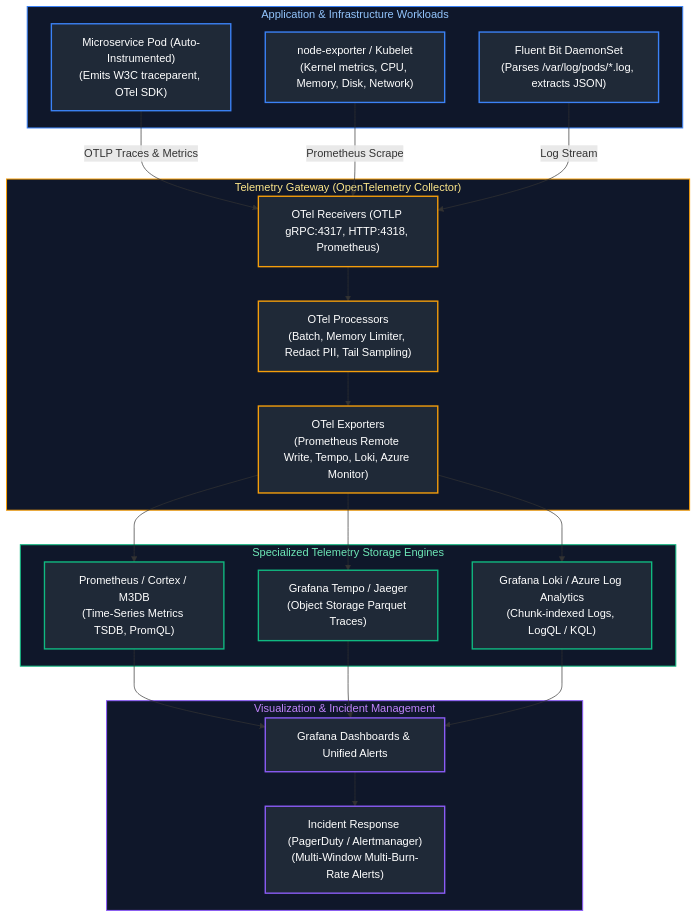
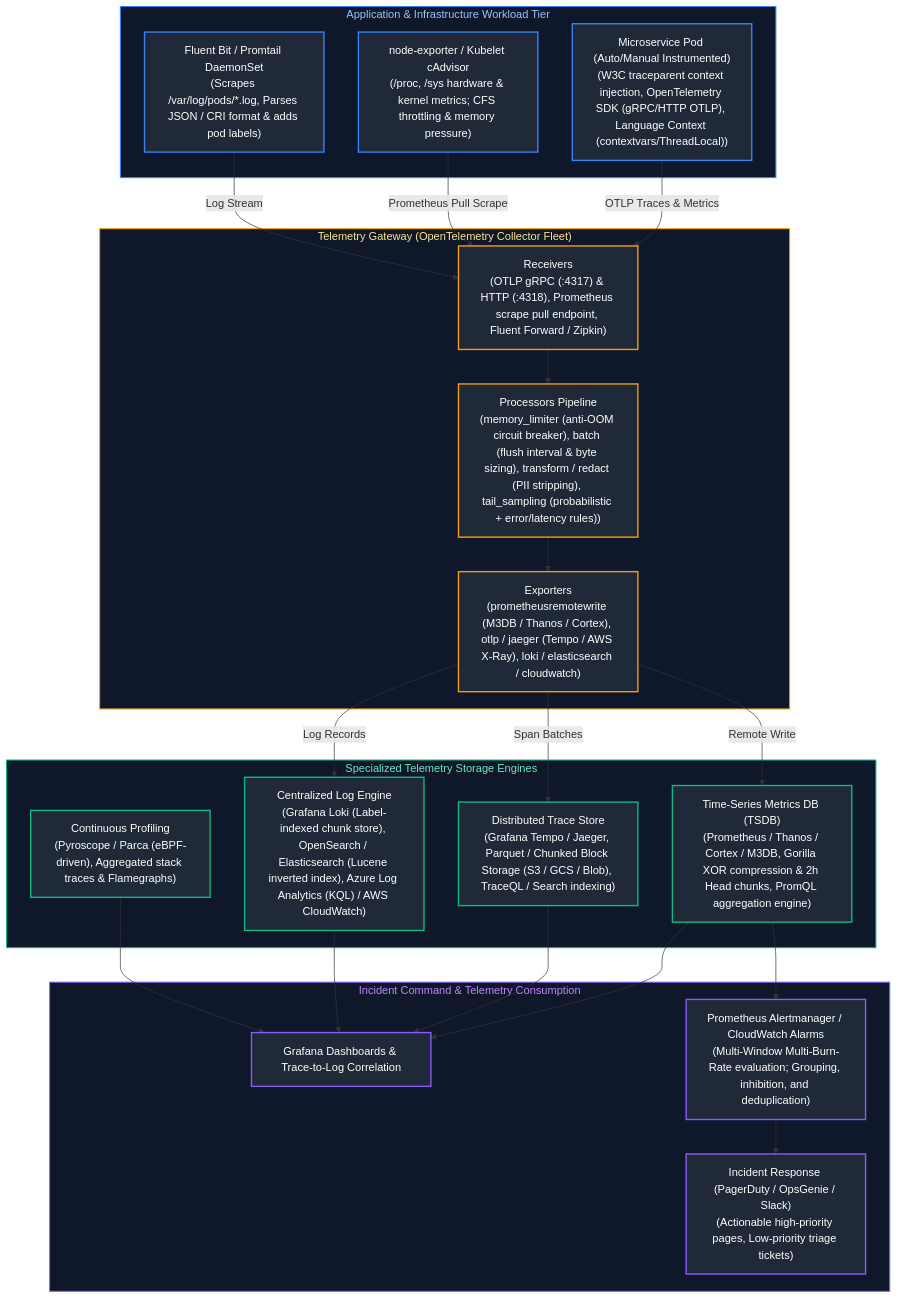
The first of 12 diagrams in Cloud Engineering/10_observability_monitoring_and_logging.md (joydeep-biswas/Interview-Preparation), drawn with Mermaid before and after one commit. The commit also changed other lines of this file and 143 other files, not shown here.

````diff
--- a/Cloud Engineering/10_observability_monitoring_and_logging.md
+++ b/Cloud Engineering/10_observability_monitoring_and_logging.md
@@ -9,57 +9,63 @@
 ```mermaid
 flowchart TD
-    subgraph WorkloadTier ["Application & Infrastructure Workloads"]
-        AppPod["Microservice Pod (Auto-Instrumented)<br/>(Emits W3C traceparent, OTel SDK)"]
-        NodeExporter["node-exporter / Kubelet<br/>(Kernel metrics, CPU, Memory, Disk, Network)"]
-        FluentBitDaemon["Fluent Bit DaemonSet<br/>(Parses /var/log/pods/*.log, extracts JSON)"]
+    subgraph WorkloadTier ["Application & Infrastructure Workload Tier"]
+        AppPod["Microservice Pod (Auto/Manual Instrumented)<br/>(W3C traceparent context injection, OpenTelemetry SDK (gRPC/HTTP OTLP), Language Context (contextvars/ThreadLocal))"]
+        NodeExporter["node-exporter / Kubelet cAdvisor<br/>(/proc, /sys hardware & kernel metrics; CFS throttling & memory pressure)"]
+        FluentBitDaemon["Fluent Bit / Promtail DaemonSet<br/>(Scrapes /var/log/pods/*.log, Parses JSON / CRI format & adds pod labels)"]
     end
 
-    subgraph CollectionTier ["Telemetry Gateway (OpenTelemetry Collector)"]
-        OTelReceiver["OTel Receivers (OTLP gRPC:4317, HTTP:4318, Prometheus)"]
-        OTelProcessor["OTel Processors<br/>(Batch, Memory Limiter, Redact PII, Tail Sampling)"]
-        OTelExporter["OTel Exporters<br/>(Prometheus Remote Write, Tempo, Loki, Azure Monitor)"]
+    subgraph CollectionTier ["Telemetry Gateway (OpenTelemetry Collector Fleet)"]
+        OTelReceiver["Receivers<br/>(OTLP gRPC (:4317) & HTTP (:4318), Prometheus scrape pull endpoint, Fluent Forward / Zipkin)"]
+        OTelProcessor["Processors Pipeline<br/>(memory_limiter (anti-OOM circuit breaker), batch (flush interval & byte sizing), transform / redact (PII stripping), tail_sampling (probabilistic + error/latency rules))"]
+        OTelExporter["Exporters<br/>(prometheusremotewrite (M3DB / Thanos / Cortex), otlp / jaeger (Tempo / AWS X-Ray), loki / elasticsearch / cloudwatch)"]
 
         OTelReceiver --> OTelProcessor --> OTelExporter
     end
 
     subgraph StorageEngines ["Specialized Telemetry Storage Engines"]
-        TSDB["Prometheus / Cortex / M3DB<br/>(Time-Series Metrics TSDB, PromQL)"]
-        TraceStore["Grafana Tempo / Jaeger<br/>(Object Storage Parquet Traces)"]
-        LogStore["Grafana Loki / Azure Log Analytics<br/>(Chunk-indexed Logs, LogQL / KQL)"]
+        TSDB["Time-Series Metrics DB (TSDB)<br/>(Prometheus / Thanos / Cortex / M3DB, Gorilla XOR compression & 2h Head chunks, PromQL aggregation engine)"]
+        TraceStore["Distributed Trace Store<br/>(Grafana Tempo / Jaeger, Parquet / Chunked Block Storage (S3 / GCS / Blob), TraceQL / Search indexing)"]
+        LogStore["Centralized Log Engine<br/>(Grafana Loki (Label-indexed chunk store), OpenSearch / Elasticsearch (Lucene inverted index), Azure Log Analytics (KQL) / AWS CloudWatch)"]
+        ProfileStore["Continuous Profiling<br/>(Pyroscope / Parca (eBPF-driven), Aggregated stack traces & Flamegraphs)"]
     end
 
-    subgraph VisualizationAlerting ["Visualization & Incident Management"]
-        Grafana["Grafana Dashboards & Unified Alerts"]
-        PagerDuty["Incident Response (PagerDuty / Alertmanager)<br/>(Multi-Window Multi-Burn-Rate Alerts)"]
+    subgraph VisualizationAlerting ["Incident Command & Telemetry Consumption"]
+        Grafana["Grafana Dashboards & Trace-to-Log Correlation"]
+        Alertmanager["Prometheus Alertmanager / CloudWatch Alarms<br/>(Multi-Window Multi-Burn-Rate evaluation; Grouping, inhibition, and deduplication)"]
+        PagerDuty["Incident Response (PagerDuty / OpsGenie / Slack)<br/>(Actionable high-priority pages, Low-priority triage tickets)"]
 
         TSDB --> Grafana
         TraceStore --> Grafana
         LogStore --> Grafana
-        Grafana --> PagerDuty
+        ProfileStore --> Grafana
+        TSDB --> Alertmanager
+        Alertmanager --> PagerDuty
     end
 
     AppPod -->|"OTLP Traces & Metrics"| OTelReceiver
-    NodeExporter -->|"Prometheus Scrape"| OTelReceiver
+    NodeExporter -->|"Prometheus Pull Scrape"| OTelReceiver
     FluentBitDaemon -->|"Log Stream"| OTelReceiver
 
-    OTelExporter --> TSDB
-    OTelExporter --> TraceStore
-    OTelExporter --> LogStore
+    OTelExporter -->|"Remote Write"| TSDB
+    OTelExporter -->|"Span Batches"| TraceStore
+    OTelExporter -->|"Log Records"| LogStore
 
     style WorkloadTier fill:#0f172a,stroke:#3b82f6,stroke-width:1.5px,color:#93c5fd
     style CollectionTier fill:#0f172a,stroke:#f59e0b,stroke-width:1.5px,color:#fde68a
     style StorageEngines fill:#0f172a,stroke:#10b981,stroke-width:1.5px,color:#6ee7b7
     style VisualizationAlerting fill:#0f172a,stroke:#8b5cf6,stroke-width:1.5px,color:#c084fc
 
     style AppPod fill:#1f2937,stroke:#3b82f6,stroke-width:2px,color:#fff
     style NodeExporter fill:#1f2937,stroke:#3b82f6,stroke-width:2px,color:#fff
     style FluentBitDaemon fill:#1f2937,stroke:#3b82f6,stroke-width:2px,color:#fff
     style OTelReceiver fill:#1f2937,stroke:#f59e0b,stroke-width:2px,color:#fff
     style OTelProcessor fill:#1f2937,stroke:#f59e0b,stroke-width:2px,color:#fff
     style OTelExporter fill:#1f2937,stroke:#f59e0b,stroke-width:2px,color:#fff
     style TSDB fill:#1f2937,stroke:#10b981,stroke-width:2px,color:#fff
     style TraceStore fill:#1f2937,stroke:#10b981,stroke-width:2px,color:#fff
     style LogStore fill:#1f2937,stroke:#10b981,stroke-width:2px,color:#fff
+    style ProfileStore fill:#1f2937,stroke:#10b981,stroke-width:2px,color:#fff
     style Grafana fill:#1f2937,stroke:#8b5cf6,stroke-width:2px,color:#fff
+    style Alertmanager fill:#1f2937,stroke:#8b5cf6,stroke-width:2px,color:#fff
     style PagerDuty fill:#1f2937,stroke:#8b5cf6,stroke-width:2px,color:#fff
 ```
````
